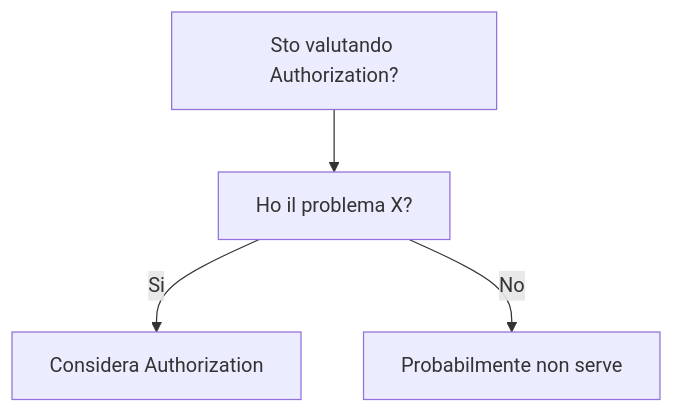
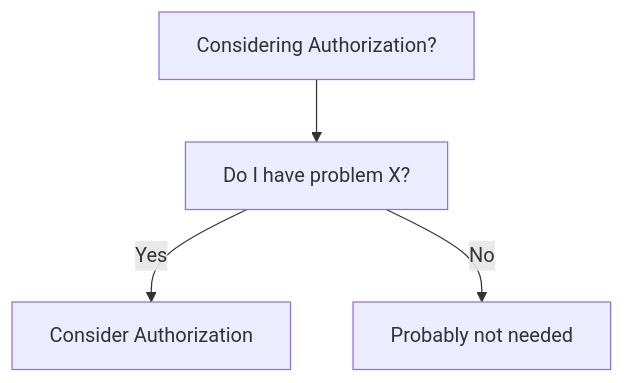
One commit to HxT9/Software-Dev-Wiki changed the diagram in dev-wiki/08_Security/Authorization/When_To_Use.md. Above: the diagram before and after it, drawn with Mermaid. The commit also changed other lines of this file and 3444 other files, not shown here.

````diff
--- a/dev-wiki/08_Security/Authorization/When_To_Use.md
+++ b/dev-wiki/08_Security/Authorization/When_To_Use.md
@@ -19,6 +19,6 @@
 ```mermaid
 flowchart TD
-  Q[Sto valutando Authorization?] --> Q1[Ho il problema X?]
-  Q1 -->|Si| OK[Considera Authorization]
-  Q1 -->|No| NO[Probabilmente non serve]
+  Q[Considering Authorization?] --> Q1[Do I have problem X?]
+  Q1 -->|Yes| OK[Consider Authorization]
+  Q1 -->|No| NO[Probably not needed]
 ```
````
